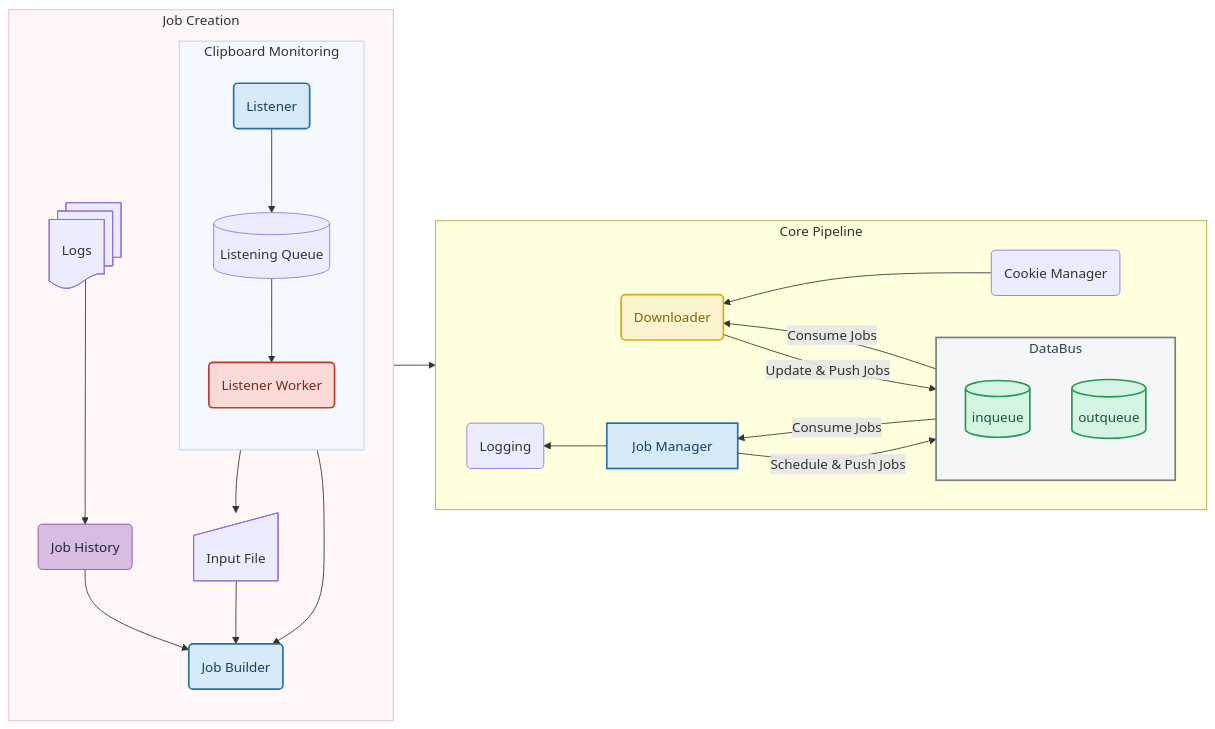
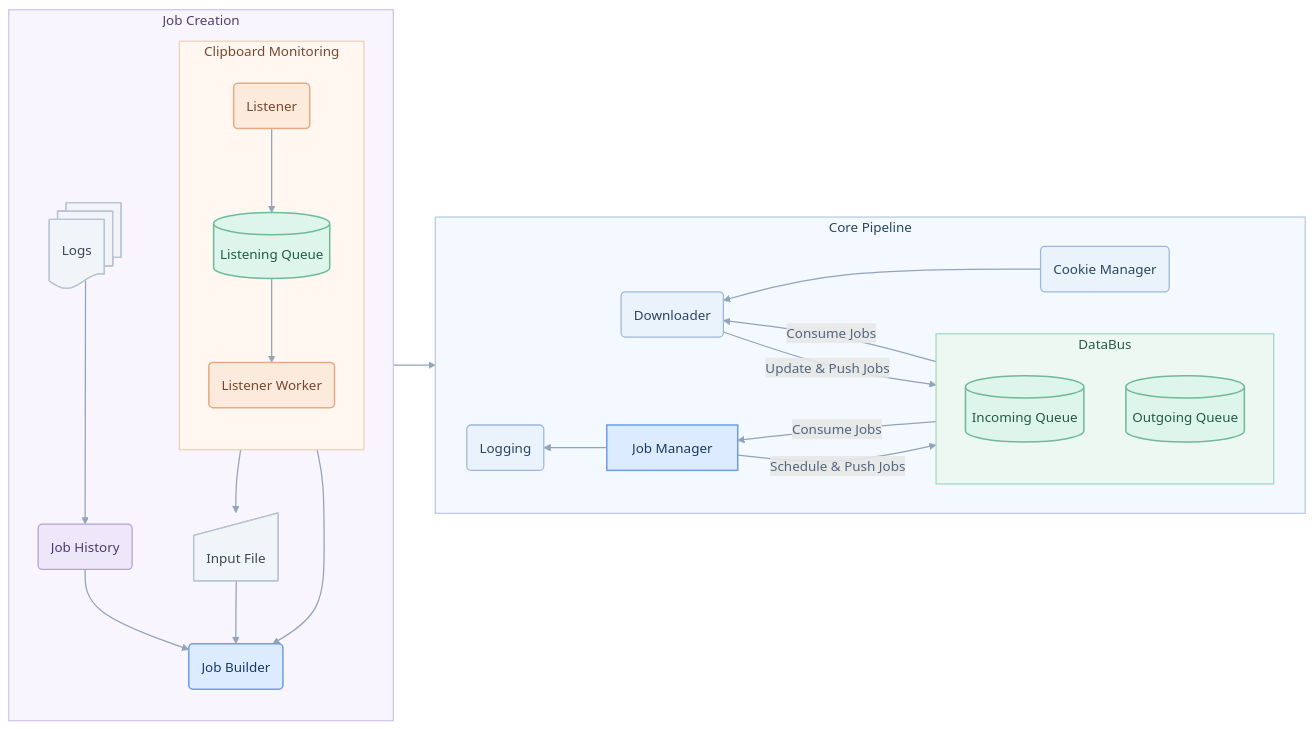
One commit to ChandraBhan07/mermaid-test changed the diagram in diagrams/complete.mmd. Above: the diagram before and after it, drawn with Mermaid.

```diff
--- a/diagrams/complete.mmd
+++ b/diagrams/complete.mmd
@@ -1,68 +1,77 @@
+
 flowchart LR
 
     subgraph core["Core Pipeline"]
     direction RL
         jobmanager@{ shape: rect, label: "Job Manager" }
-        downloader@{ shape: rounded, label: "Downloader"}
-        logging@{ shape: rounded, label: "Logging"}
-        cookiemanager@{ shape: rounded, label: "Cookie Manager"}
+        downloader@{ shape: rounded, label: "Downloader" }
+        logging@{ shape: rounded, label: "Logging" }
+        cookiemanager@{ shape: rounded, label: "Cookie Manager" }
 
         subgraph bus["DataBus"]
             direction TB
-            inqueue@{ shape: cyl, label:"Incoming Queue"}
-            outqueue@{ shape: cyl, label:"Outgoing Queue"}
+            inqueue@{ shape: cyl, label: "Incoming Queue" }
+            outqueue@{ shape: cyl, label: "Outgoing Queue" }
         end
 
         downloader -- "Update & Push Jobs" --> inqueue
         inqueue -- "Consume Jobs" --> jobmanager
         jobmanager -- "Schedule & Push Jobs" --> outqueue
         jobmanager --> logging
         cookiemanager --> downloader
         outqueue -- "Consume Jobs" --> downloader
-    style jobmanager fill:#D6EAF8,stroke:#2471A3,color:#154360,stroke-width:2px
-    style downloader fill:#FCF3CF,stroke:#D4AC0D,color:#7D6608,stroke-width:2px
-    style inqueue fill:#D5F5E3,stroke:#239B56,color:#145A32,stroke-width:2px
-    style outqueue fill:#D5F5E3,stroke:#239B56,color:#145A32,stroke-width:2px
-    style bus fill:#F4F6F7,stroke:#7B7D7D,color:#2C3E50,stroke-width:2px
-
     end
-
 
     subgraph job["Job Creation"]
     direction TD
-        inputfile@{shape: manual-input, label: "Input File"}
-        
+        inputfile@{ shape: manual-input, label: "Input File" }
         logs@{ shape: docs, label: "Logs" }
         jobhistory@{ shape: rounded, label: "Job History" }
         jobbuilder@{ shape: rounded, label: "Job Builder" }
+
         subgraph listen["Clipboard Monitoring"]
         direction TD
             lisqueue@{ shape: cyl, label: "Listening Queue" }
-            listener@{ shape: rounded, label: "Listener"}
-            worker@{ shape: rounded, label: "Listener Worker"}
+            listener@{ shape: rounded, label: "Listener" }
+            worker@{ shape: rounded, label: "Listener Worker" }
+        end
 
-            
-        end
-    logs --> jobhistory
-    jobhistory --> jobbuilder
-    inputfile --> jobbuilder
-    listener --> lisqueue
-    lisqueue --> worker
-    worker --> jobbuilder
-    worker --> inputfile
-    jobbuilder -->inqueue
+        logs --> jobhistory
+        jobhistory --> jobbuilder
+        inputfile --> jobbuilder
+        listener --> lisqueue
+        lisqueue --> worker
+        worker --> jobbuilder
+        worker --> inputfile
+        jobbuilder --> inqueue
+    end
 
-    style jobhistory fill:#D7BDE2,stroke:#884EA0,color:#1B2631
-        style jobbuilder fill:#D6EAF8,stroke:#2471A3,color:#154360,stroke-width:2px
+    %% Component colors
+    classDef primary fill:#DCEBFF,stroke:#6D9EEB,color:#193B66,stroke-width:1.8px
+    classDef process fill:#EAF2FC,stroke:#9BB8DE,color:#294765,stroke-width:1.5px
+    classDef queue fill:#DDF5EA,stroke:#70B99A,color:#205C46,stroke-width:1.8px
+    classDef monitor fill:#FCEBDD,stroke:#E5AC83,color:#79482D,stroke-width:1.8px
+    classDef history fill:#EEE7FA,stroke:#B3A0D9,color:#4D3B70,stroke-width:1.5px
+    classDef neutral fill:#F1F4F8,stroke:#B8C4D3,color:#39485A,stroke-width:1.5px
 
-end
+    %% Core Pipeline
+    class jobmanager,jobbuilder primary
+    class downloader,cookiemanager,logging process
+    class inqueue,outqueue queue
 
-style listen fill:#F5F9FF,stroke:#C6DAF7,stroke-width:1.5px
-style job fill:#FFF6F8,stroke:#F2CAD5,stroke-width:1.5px
+    %% Job Creation
+    class inputfile,logs neutral
+    class jobhistory history
 
+    %% Clipboard Monitoring
+    class lisqueue queue
+    class listener,worker monitor
 
+    %% Subgraph backgrounds
+    style core fill:#F4F8FF,stroke:#B8CCE8,stroke-width:1.5px,color:#294765
+    style bus fill:#EDF8F2,stroke:#A8D6BE,stroke-width:1.5px,color:#285B48
+    style job fill:#F8F5FF,stroke:#D0C3EB,stroke-width:1.5px,color:#51416F
+    style listen fill:#FFF7F0,stroke:#F0D0B7,stroke-width:1.5px,color:#79482D
 
-style listener fill:#D6EAF8,stroke:#2471A3,color:#154360,stroke-width:2px
-    
-    
-    style worker fill:#FADBD8,stroke:#C0392B,color:#78281F,stroke-width:2px
+    %% Consistent connectors
+    linkStyle default stroke:#91A4BB,stroke-width:1.5px,color:#52677E
```
